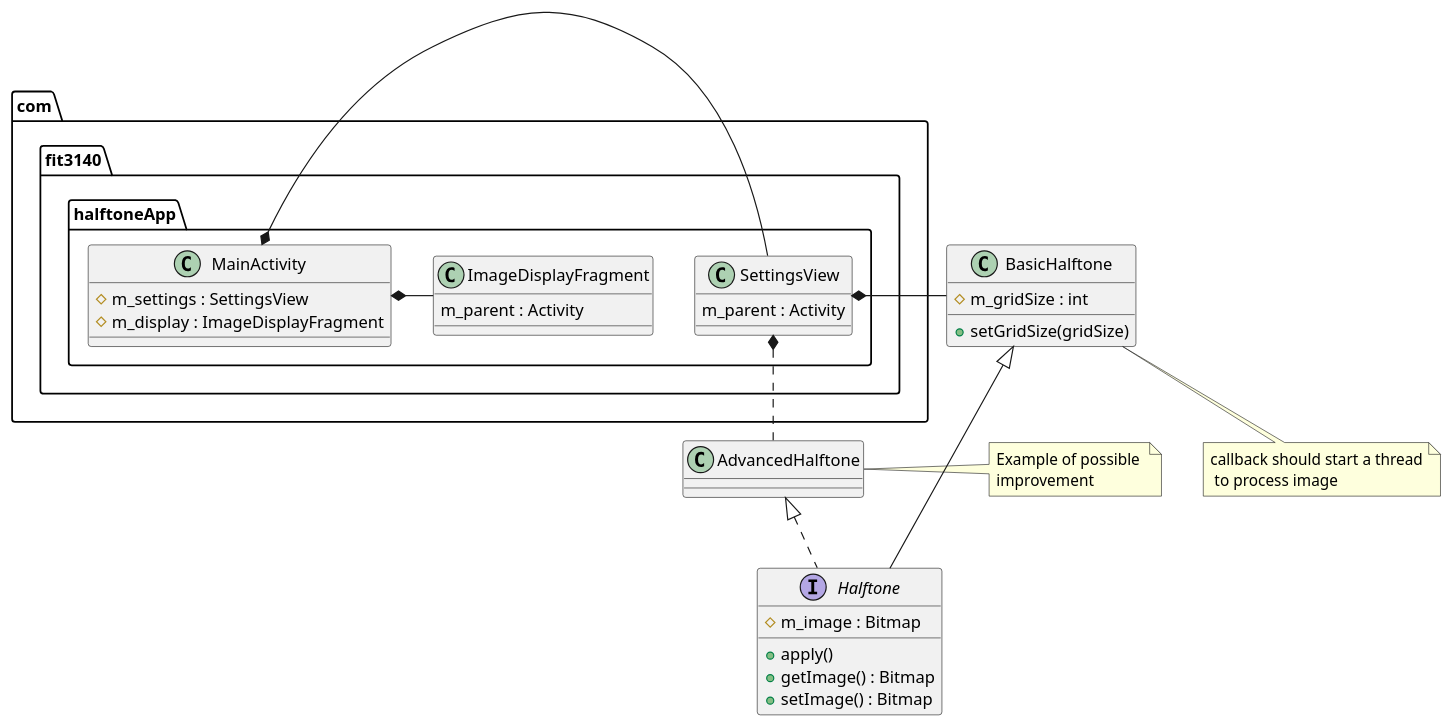
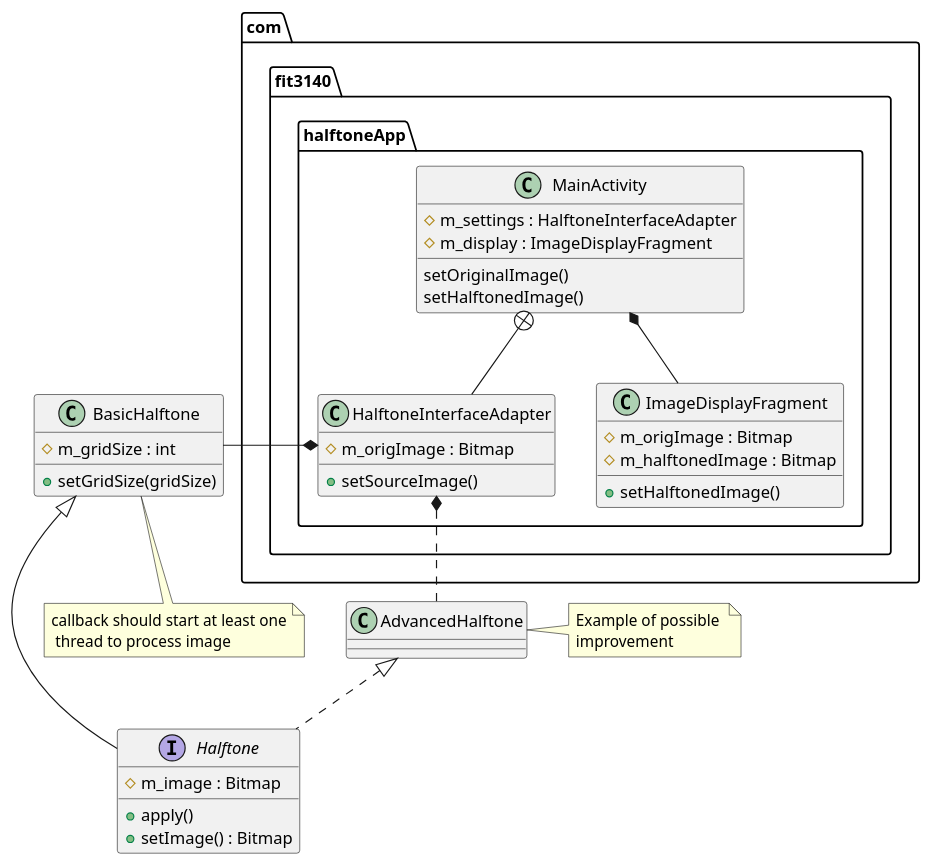
The diagram in doc/uml.org (jh247247/FIT3140-Application), drawn with PlantUML before and after one commit. The commit also changed other lines of this file and 2 other files, not shown here.

```diff
--- a/doc/uml.org
+++ b/doc/uml.org
@@ -4,42 +5,46 @@
 #+begin_src plantuml :file main.png
 'skinparam monochrome true 
 package com.fit3140.halftoneApp {
-MainActivity *- SettingsView
-MainActivity *- ImageDisplayFragment
+MainActivity +-- HalftoneInterfaceAdapter
+MainActivity *-- ImageDisplayFragment
 
 class MainActivity {
-#m_settings : SettingsView
+#m_settings : HalftoneInterfaceAdapter
 #m_display : ImageDisplayFragment
+setOriginalImage()
+setHalftonedImage()
 }
 
-class SettingsView {
-m_parent : Activity
+class HalftoneInterfaceAdapter {
+#m_origImage : Bitmap
++setSourceImage()
 }
 
 class ImageDisplayFragment {
-m_parent : Activity
+#m_origImage : Bitmap
+#m_halftonedImage : Bitmap
++setHalftonedImage()
 }
 
 }
 BasicHalftone <|- Halftone
 AdvancedHalftone <|.. Halftone
-SettingsView *- BasicHalftone
-SettingsView *.. AdvancedHalftone
+HalftoneInterfaceAdapter *- BasicHalftone
+HalftoneInterfaceAdapter *.. AdvancedHalftone
 
 
 class BasicHalftone {
 #m_gridSize : int
 +setGridSize(gridSize)
 }
 
-note bottom of BasicHalftone: callback should start a thread\n to process image
-note left of AdvancedHalftone: Example of possible \nimprovement
+note bottom of BasicHalftone: callback should start at least one\n thread to process image
+note right of AdvancedHalftone: Example of possible \nimprovement
 interface Halftone {
 
 #m_image : Bitmap
 +apply()
-+getImage() : Bitmap
 +setImage() : Bitmap
 }
 
 #+end_src
```
